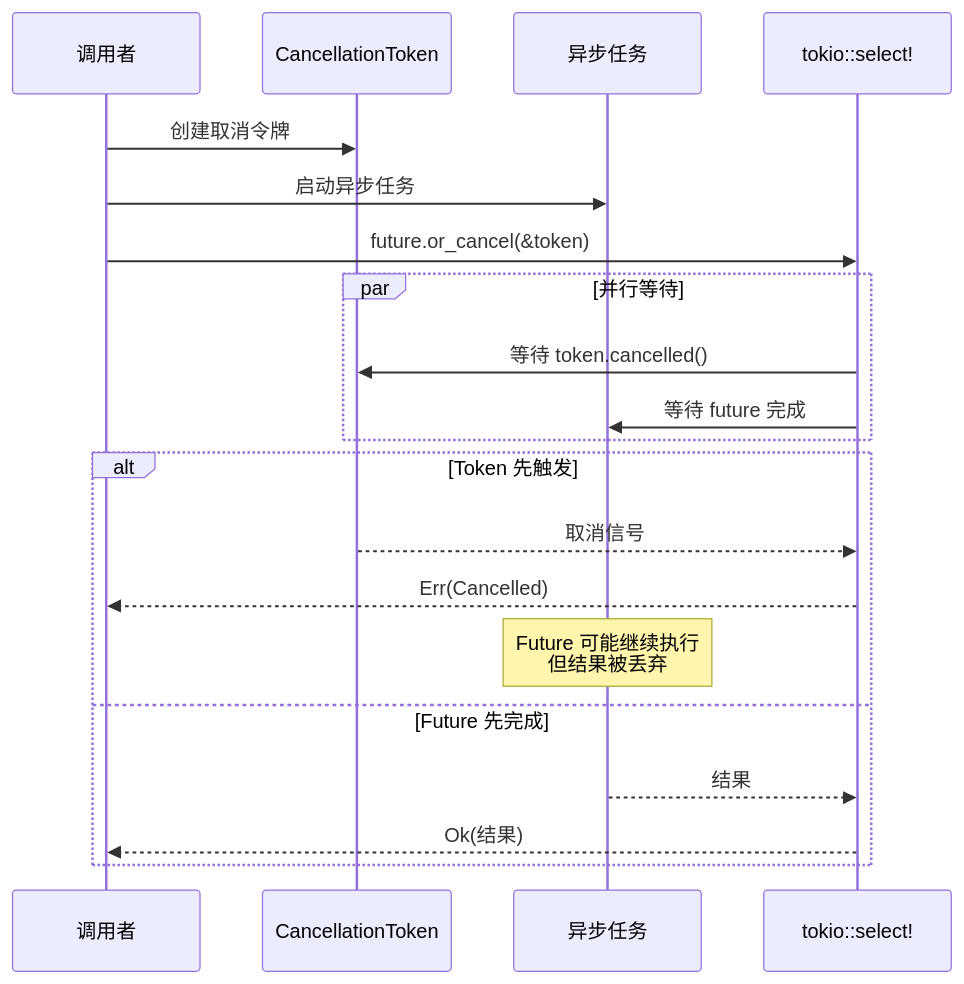
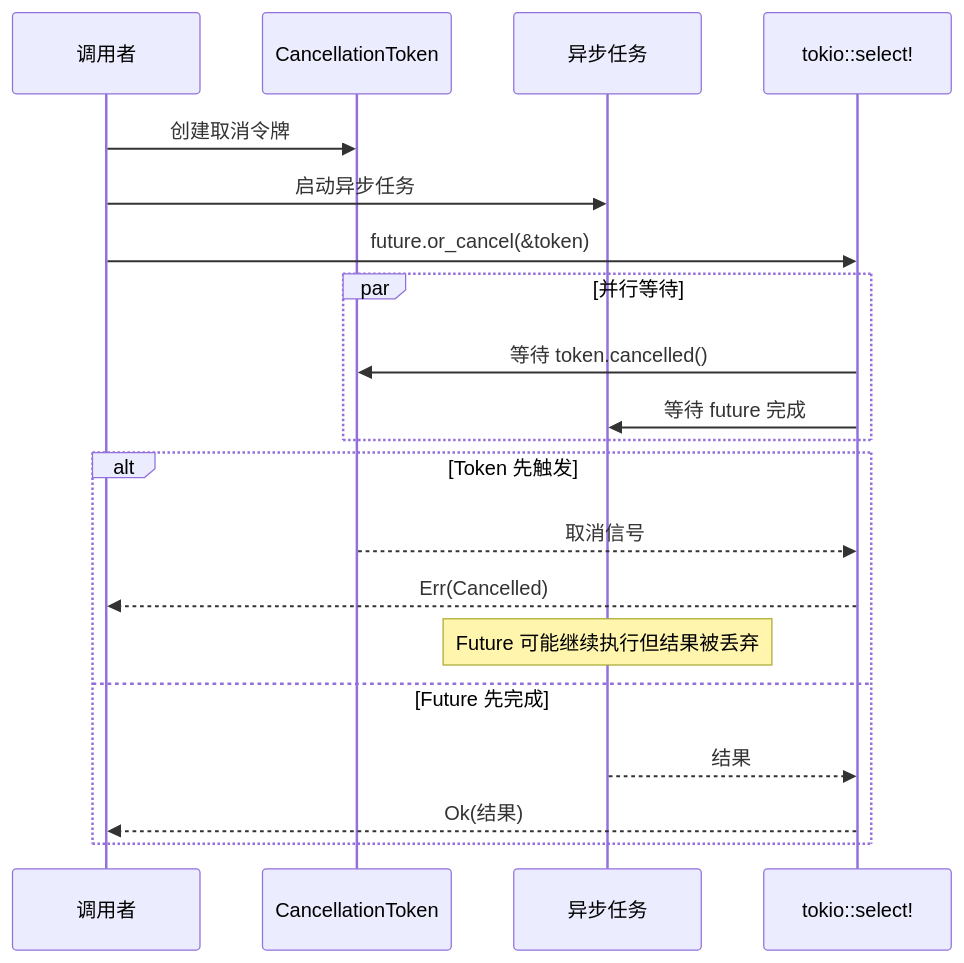
The second of 8 diagrams in docs/async-utils-流程图.md (div002123/gode), drawn with Mermaid before and after one commit. The commit also changed other lines of this file, not shown here.

First line of the commit message:
修复 async-utils 流程图中的 mermaid 语法错误

````diff
--- a/docs/async-utils-流程图.md
+++ b/docs/async-utils-流程图.md
@@ -28,25 +28,25 @@
 ```mermaid
 sequenceDiagram
     participant Caller as 调用者
     participant Token as CancellationToken
     participant Future as 异步任务
     participant Select as tokio::select!
 
     Caller->>Token: 创建取消令牌
     Caller->>Future: 启动异步任务
     Caller->>Select: future.or_cancel(&token)
 
     par 并行等待
         Select->>Token: 等待 token.cancelled()
         Select->>Future: 等待 future 完成
     end
 
     alt Token 先触发
         Token-->>Select: 取消信号
         Select-->>Caller: Err(Cancelled)
-        Note over Future: Future 可能继续执行<br/>但结果被丢弃
+        Note over Future: Future 可能继续执行但结果被丢弃
     else Future 先完成
         Future-->>Select: 结果
         Select-->>Caller: Ok(结果)
     end
 ```
````
